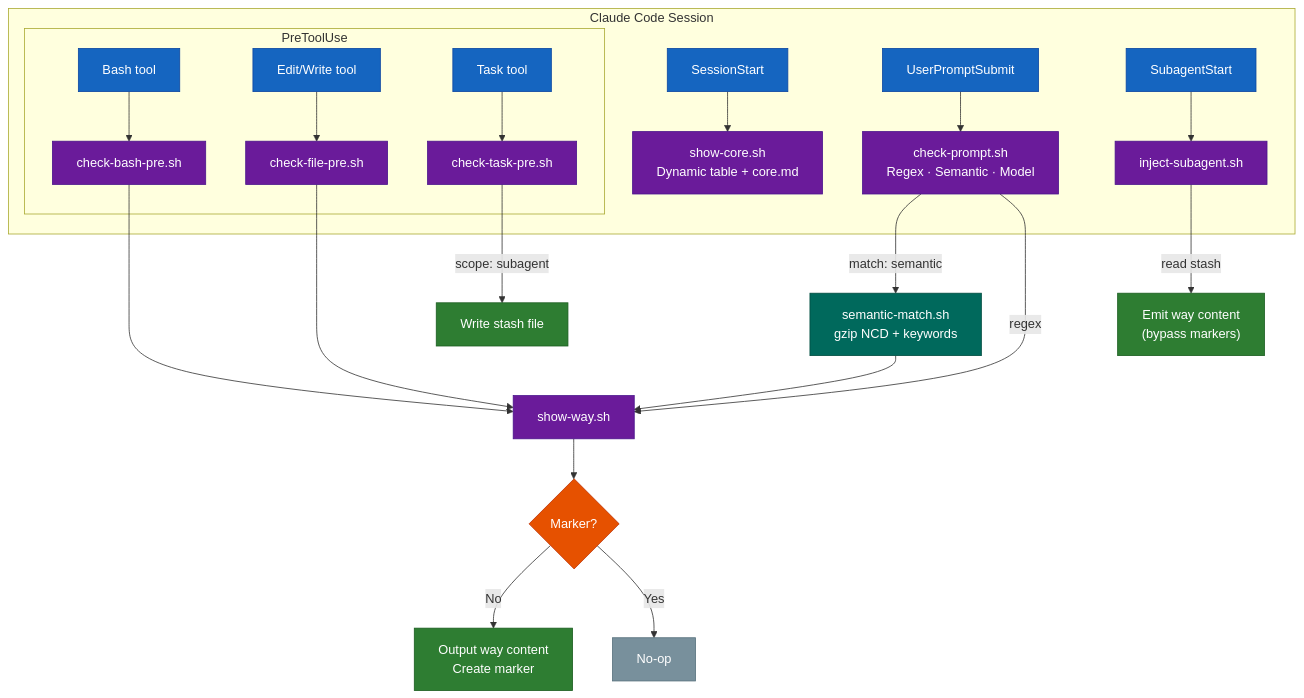
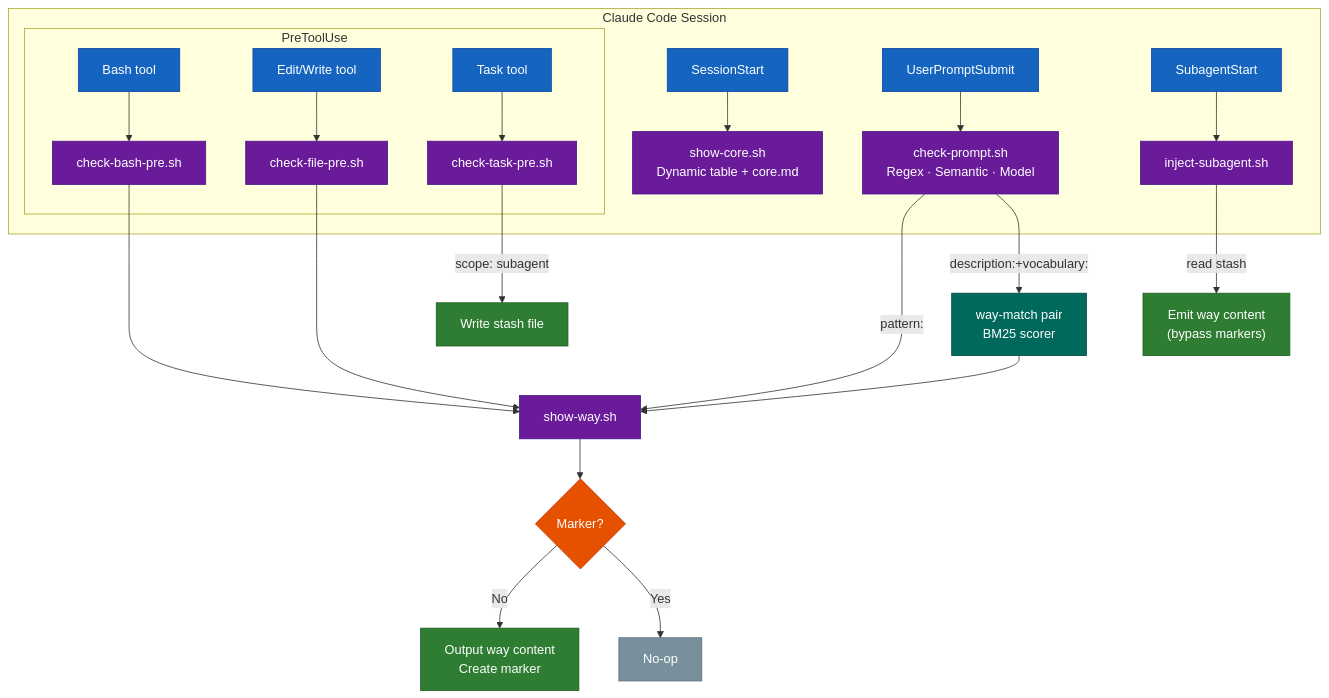
The second of 12 diagrams in docs/architecture.md (aaronsb/claude-code-config), drawn with Mermaid before and after one commit. The commit also changed other lines of this file and 3 other files, not shown here.

First line of the commit message:
docs: update all references from NCD/model to BM25 semantic matching

````diff
--- a/docs/architecture.md
+++ b/docs/architecture.md
@@ -76,36 +76,36 @@
 ```mermaid
 flowchart TB
     classDef event fill:#1565C0,stroke:#0D47A1,color:#fff
     classDef script fill:#6A1B9A,stroke:#4A148C,color:#fff
     classDef match fill:#00695C,stroke:#004D40,color:#fff
     classDef gate fill:#E65100,stroke:#BF360C,color:#fff
     classDef output fill:#2E7D32,stroke:#1B5E20,color:#fff
     classDef silent fill:#78909C,stroke:#546E7A,color:#fff
 
     subgraph Session["Claude Code Session"]
         SS[SessionStart]:::event --> Core["show-core.sh<br/>Dynamic table + core.md"]:::script
 
         UP[UserPromptSubmit]:::event --> CP["check-prompt.sh<br/>Regex · Semantic · Model"]:::script
 
         subgraph PreTool["PreToolUse"]
             Bash[Bash tool]:::event --> CB["check-bash-pre.sh"]:::script
             EditW[Edit/Write tool]:::event --> CF["check-file-pre.sh"]:::script
             Task[Task tool]:::event --> CT["check-task-pre.sh"]:::script
         end
 
         SA[SubagentStart]:::event --> IS["inject-subagent.sh"]:::script
     end
 
-    CP -->|"match: semantic"| SM["semantic-match.sh<br/>gzip NCD + keywords"]:::match
-    CP -->|regex| SW["show-way.sh"]:::script
-    SM --> SW
+    CP -->|"pattern:"| SW["show-way.sh"]:::script
+    CP -->|"description:+vocabulary:"| WM["way-match pair<br/>BM25 scorer"]:::match
+    WM --> SW
     CB --> SW
     CF --> SW
 
     SW --> Check{Marker?}:::gate
     Check -->|No| Output["Output way content<br/>Create marker"]:::output
     Check -->|Yes| Silent["No-op"]:::silent
 
     CT -->|"scope: subagent"| Stash["Write stash file"]:::output
     IS -->|read stash| Emit["Emit way content<br/>(bypass markers)"]:::output
 ```
````
